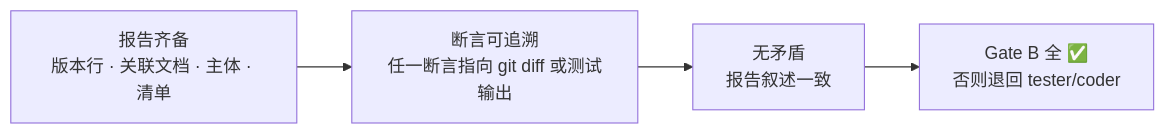
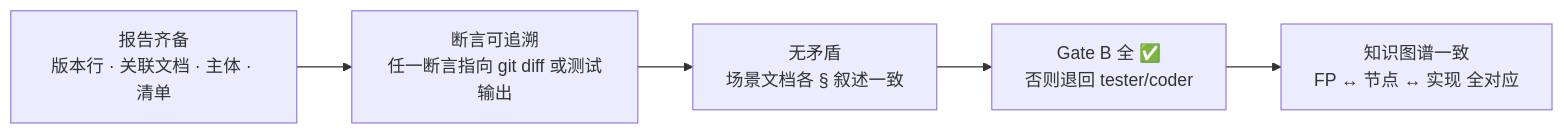
The sixth of 6 diagrams in agents/reporter.md (effiy/YrY), drawn with Mermaid before and after one commit. The commit also changed other lines of this file and 37 other files, not shown here.

````diff
--- a/agents/reporter.md
+++ b/agents/reporter.md
@@ -120,7 +142,8 @@
 ```mermaid
 flowchart LR
     S1["报告齐备<br/>版本行 · 关联文档 · 主体 · 清单"]:::sig --> S2["断言可追溯<br/>任一断言指向 git diff 或测试输出"]:::sig
-    S2 --> S3["无矛盾<br/>报告叙述一致"]:::sig
+    S2 --> S3["无矛盾<br/>场景文档各 § 叙述一致"]:::sig
     S3 --> S4["Gate B 全 ✅<br/>否则退回 tester/coder"]:::sig
+    S4 --> S5["知识图谱一致<br/>FP ↔ 节点 ↔ 实现 全对应"]:::sig
 
 ```
````
